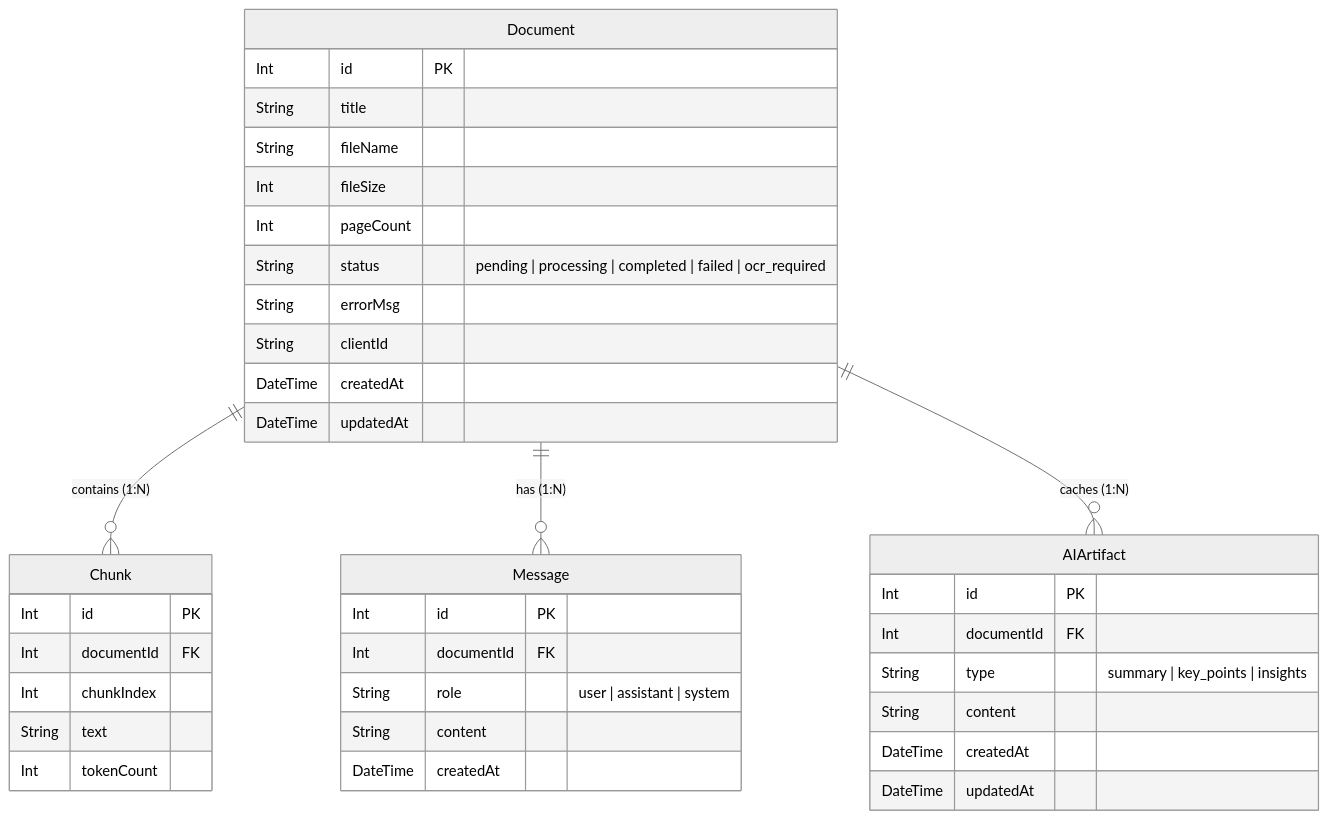
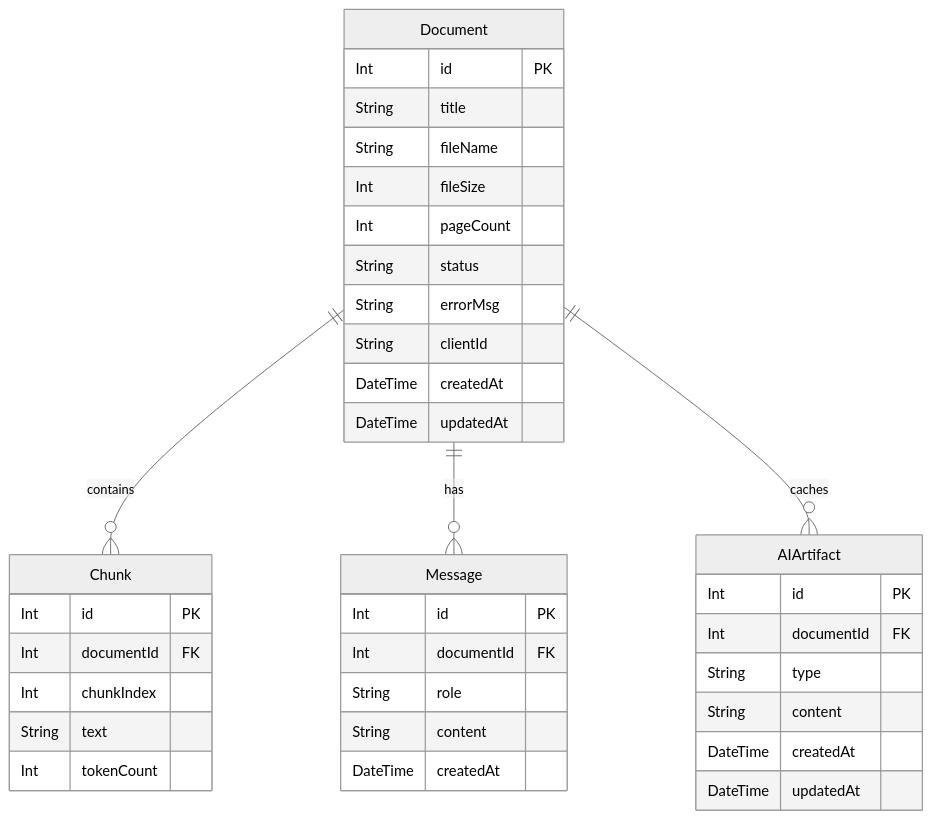
Before and after one commit to harsh18082001/ai-pdf-intelligence: the eighth of 9 diagrams in README.md, drawn with Mermaid (neutral theme). The commit also changed other lines of this file and 1 other file, not shown here.

````diff
--- a/README.md
+++ b/README.md
@@ -169,44 +251,44 @@
 ```mermaid
 erDiagram
-    Document ||--o{ Chunk : "contains (1:N)"
-    Document ||--o{ Message : "has (1:N)"
-    Document ||--o{ AIArtifact : "caches (1:N)"
+    Document ||--o{ Chunk : contains
+    Document ||--o{ Message : has
+    Document ||--o{ AIArtifact : caches
 
     Document {
         Int id PK
         String title
         String fileName
         Int fileSize
         Int pageCount
-        String status "pending | processing | completed | failed | ocr_required"
+        String status
         String errorMsg
         String clientId
         DateTime createdAt
         DateTime updatedAt
     }
 
     Chunk {
         Int id PK
         Int documentId FK
         Int chunkIndex
         String text
         Int tokenCount
     }
 
     Message {
         Int id PK
         Int documentId FK
-        String role "user | assistant | system"
+        String role
         String content
         DateTime createdAt
     }
 
     AIArtifact {
         Int id PK
         Int documentId FK
-        String type "summary | key_points | insights"
+        String type
         String content
         DateTime createdAt
         DateTime updatedAt
     }
 ```
````
